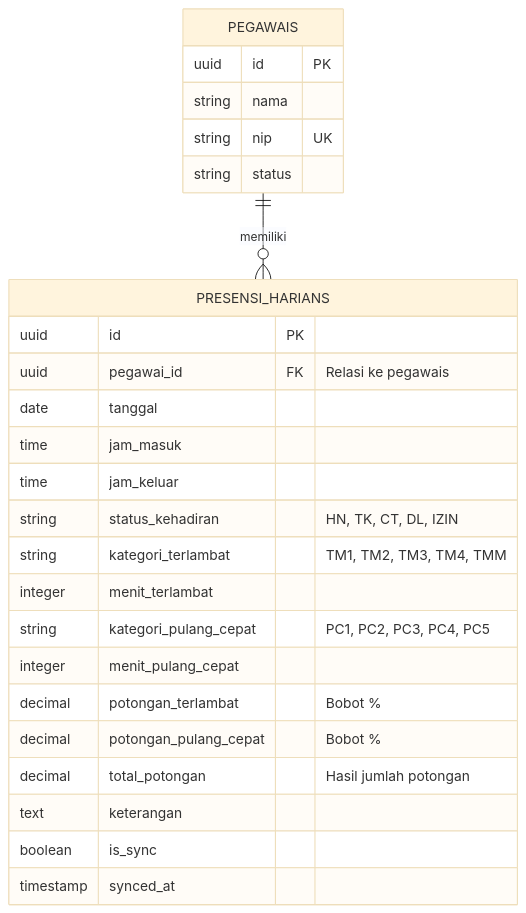
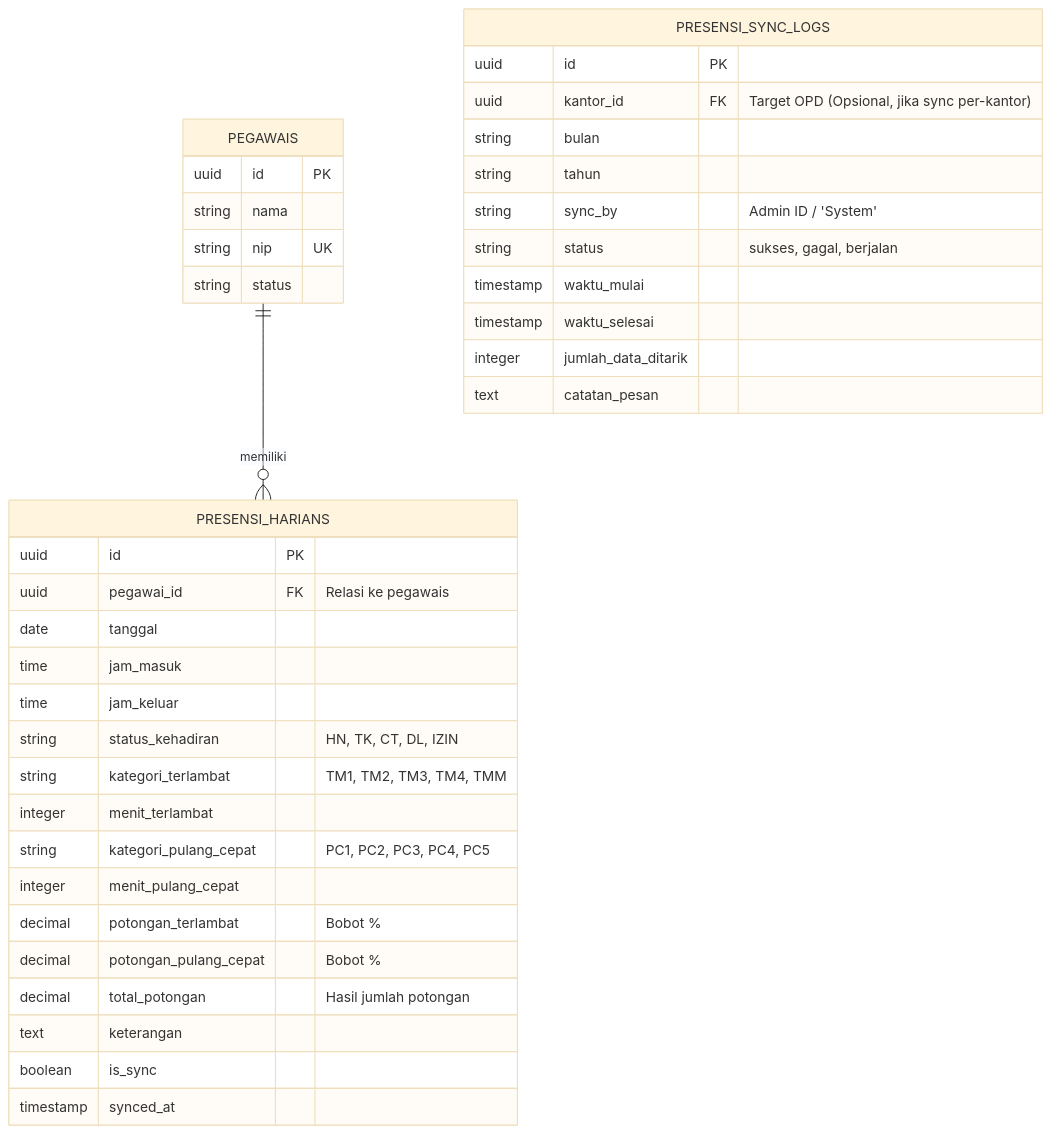
Before and after one commit to apriandewa/sakti: the second of 2 diagrams in docs/PRD_Presensi_Pegawai.md, drawn with Mermaid (base theme). The commit also changed other lines of this file and 101 other files, not shown here.

Commit message:
perbaiki sync presensi

````diff
--- a/docs/PRD_Presensi_Pegawai.md
+++ b/docs/PRD_Presensi_Pegawai.md
@@ -279,30 +326,43 @@
 ```mermaid
 erDiagram
     PEGAWAIS {
         uuid id PK
         string nama
         string nip UK
         string status
     }
 
     PRESENSI_HARIANS {
         uuid id PK
         uuid pegawai_id FK "Relasi ke pegawais"
         date tanggal
         time jam_masuk
         time jam_keluar
         string status_kehadiran "HN, TK, CT, DL, IZIN"
         string kategori_terlambat "TM1, TM2, TM3, TM4, TMM"
         integer menit_terlambat
         string kategori_pulang_cepat "PC1, PC2, PC3, PC4, PC5"
         integer menit_pulang_cepat
         decimal potongan_terlambat "Bobot %"
         decimal potongan_pulang_cepat "Bobot %"
         decimal total_potongan "Hasil jumlah potongan"
         text keterangan
         boolean is_sync
         timestamp synced_at
     }
 
+    PRESENSI_SYNC_LOGS {
+        uuid id PK
+        uuid kantor_id FK "Target OPD (Opsional, jika sync per-kantor)"
+        string bulan
+        string tahun
+        string sync_by "Admin ID / 'System'"
+        string status "sukses, gagal, berjalan"
+        timestamp waktu_mulai
+        timestamp waktu_selesai
+        integer jumlah_data_ditarik
+        text catatan_pesan
+    }
+
     PEGAWAIS ||--o{ PRESENSI_HARIANS : "memiliki"
 ```
````
